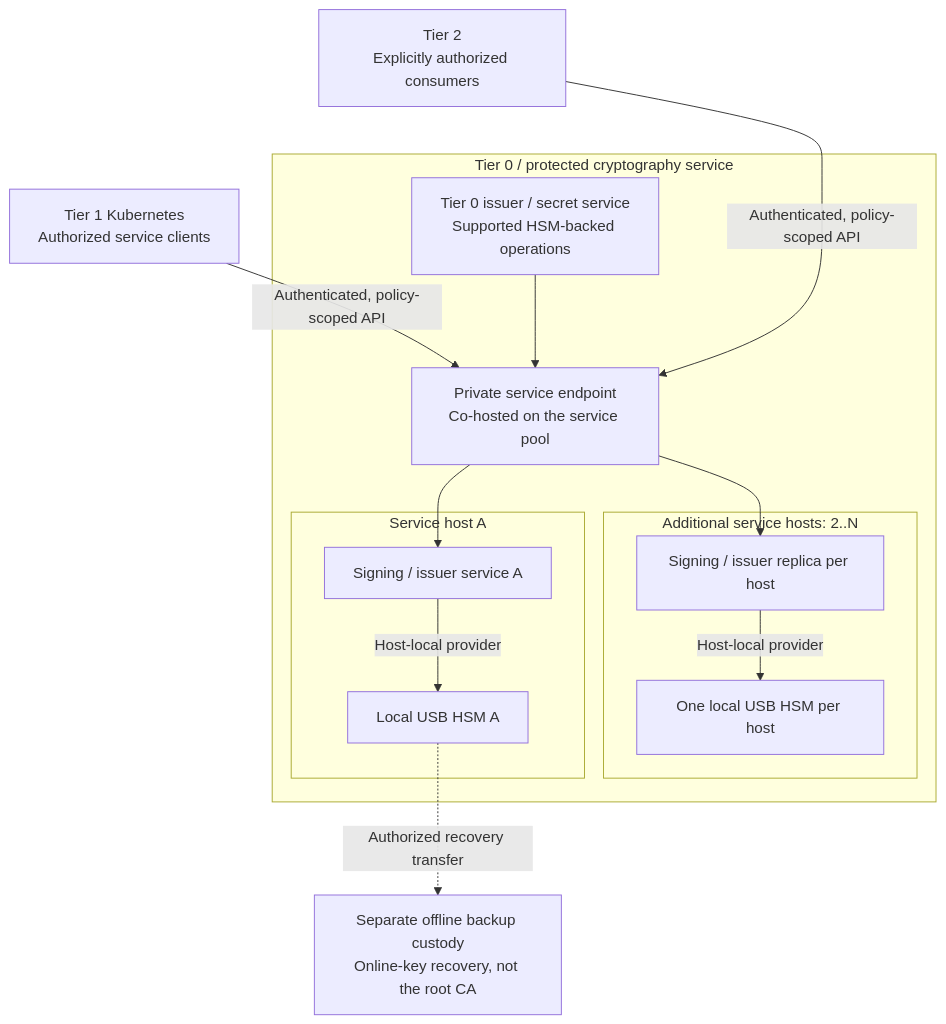
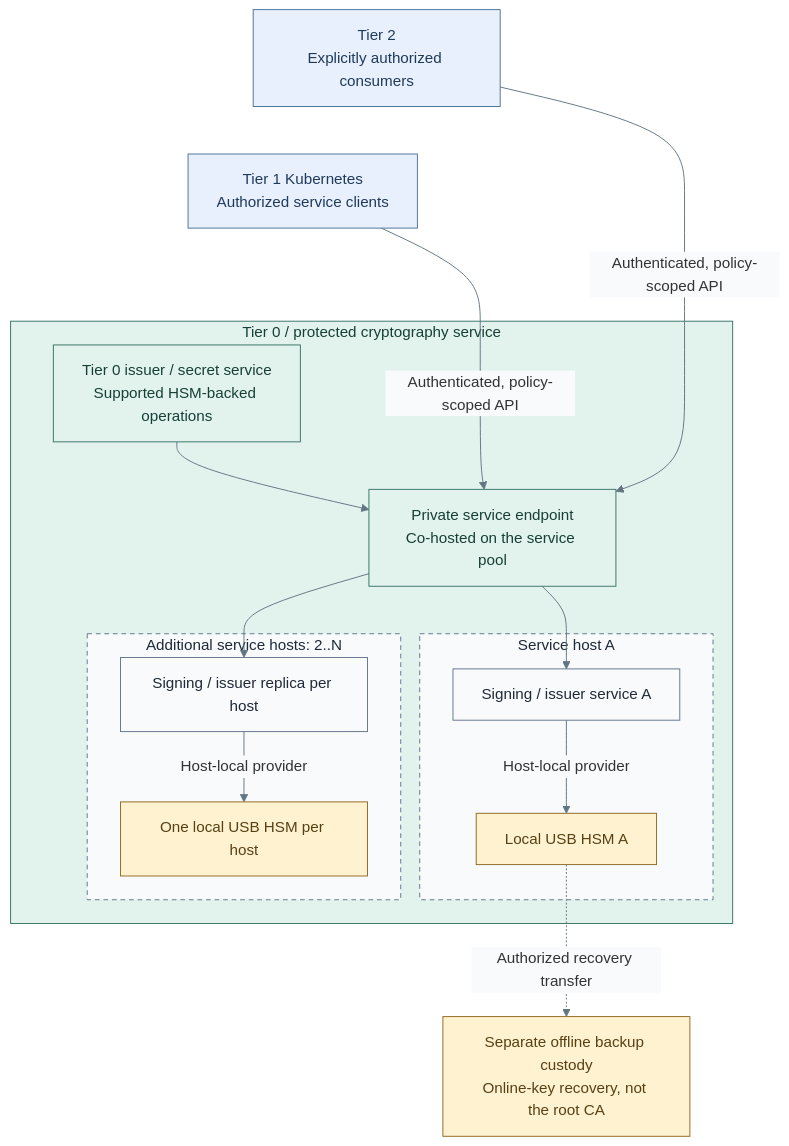
Before and after one commit to Rexus/homelab: the diagram in docs/architecture/cryptography/usb-hsm.md, drawn with Mermaid. The commit also changed 49 other files, not shown here.

Commit message:
docs(diagrams): clarify tier layouts and visual styles

````diff
--- a/docs/architecture/cryptography/usb-hsm.md
+++ b/docs/architecture/cryptography/usb-hsm.md
@@ -28,27 +28,38 @@
 ```mermaid
+%%{init: {"theme":"base","themeVariables":{"lineColor":"#627581","edgeLabelBackground":"#f8fafc"}}}%%
 flowchart TB
   T2["Tier 2<br/>Explicitly authorized consumers"]
   T1["Tier 1 Kubernetes<br/>Authorized service clients"]
   T2 ~~~ T1
   subgraph T0["Tier 0 / protected cryptography service"]
     C0["Tier 0 issuer / secret service<br/>Supported HSM-backed operations"]
     Endpoint["Private service endpoint<br/>Co-hosted on the service pool"]
     subgraph A["Service host A"]
       S1["Signing / issuer service A"]
       H1["Local USB HSM A"]
       S1 -->|Host-local provider| H1
     end
     subgraph B["Additional service hosts: 2..N"]
       S2["Signing / issuer replica per host"]
       H2["One local USB HSM per host"]
       S2 -->|Host-local provider| H2
     end
     C0 --> Endpoint
     Endpoint --> S1
     Endpoint --> S2
   end
+  T1 ~~~ C0
   T1 -->|Authenticated, policy-scoped API| Endpoint
   T2 -->|Authenticated, policy-scoped API| Endpoint
   Backup["Separate offline backup custody<br/>Online-key recovery, not the root CA"]
   H1 -. Authorized recovery transfer .-> Backup
+  classDef default fill:#f8fafc,stroke:#64748b,color:#1f2937
+  classDef services fill:#e7f0fc,stroke:#4d719b,color:#203a5b
+  classDef control fill:#e2f3ed,stroke:#397366,color:#173f36
+  classDef replicas fill:#f8fafc,stroke:#64748b,color:#1f2937,stroke-dasharray:5 4
+  classDef custody fill:#fff2d1,stroke:#926820,color:#584013
+  class T2,T1 services
+  class T0,C0,Endpoint control
+  class A,B replicas
+  class H1,H2,Backup custody
 ```
````
